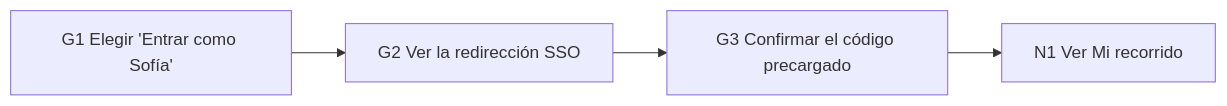
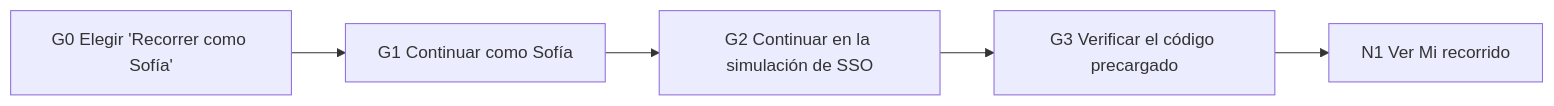
The eighth of 29 diagrams in docs/flows.md (lpedaci/rumbo-app), drawn with Mermaid before and after one commit. The commit also changed other lines of this file and 77 other files, not shown here.

````diff
--- a/docs/flows.md
+++ b/docs/flows.md
@@ -178,4 +181,4 @@
 ```mermaid
 flowchart LR
-    T1["G1 Elegir 'Entrar como Sofía'"] --> T2["G2 Ver la redirección SSO"] --> T3["G3 Confirmar el código precargado"] --> T4["N1 Ver Mi recorrido"]
+    T1["G0 Elegir 'Recorrer como Sofía'"] --> T2["G1 Continuar como Sofía"] --> T3["G2 Continuar en la simulación de SSO"] --> T4["G3 Verificar el código precargado"] --> T5["N1 Ver Mi recorrido"]
 ```
````
